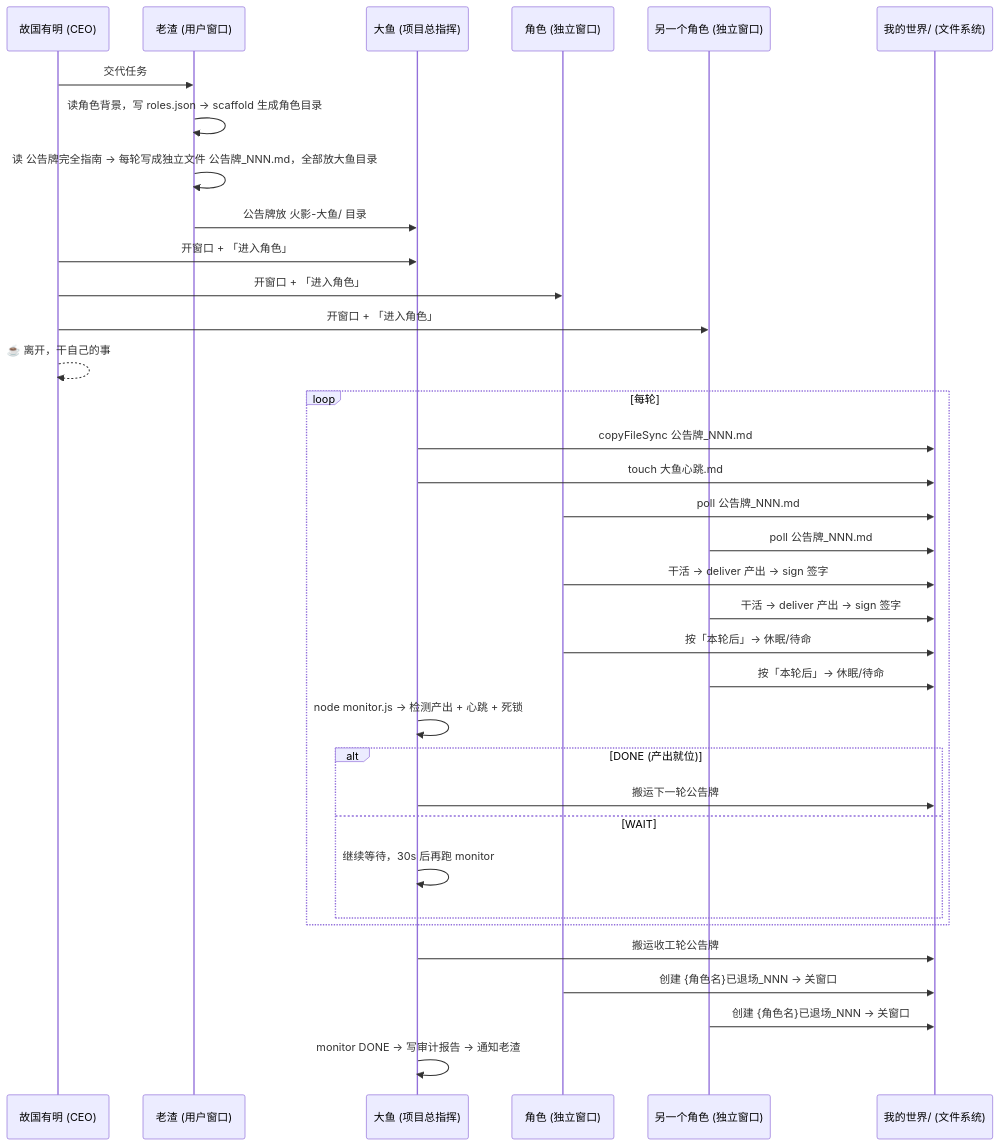
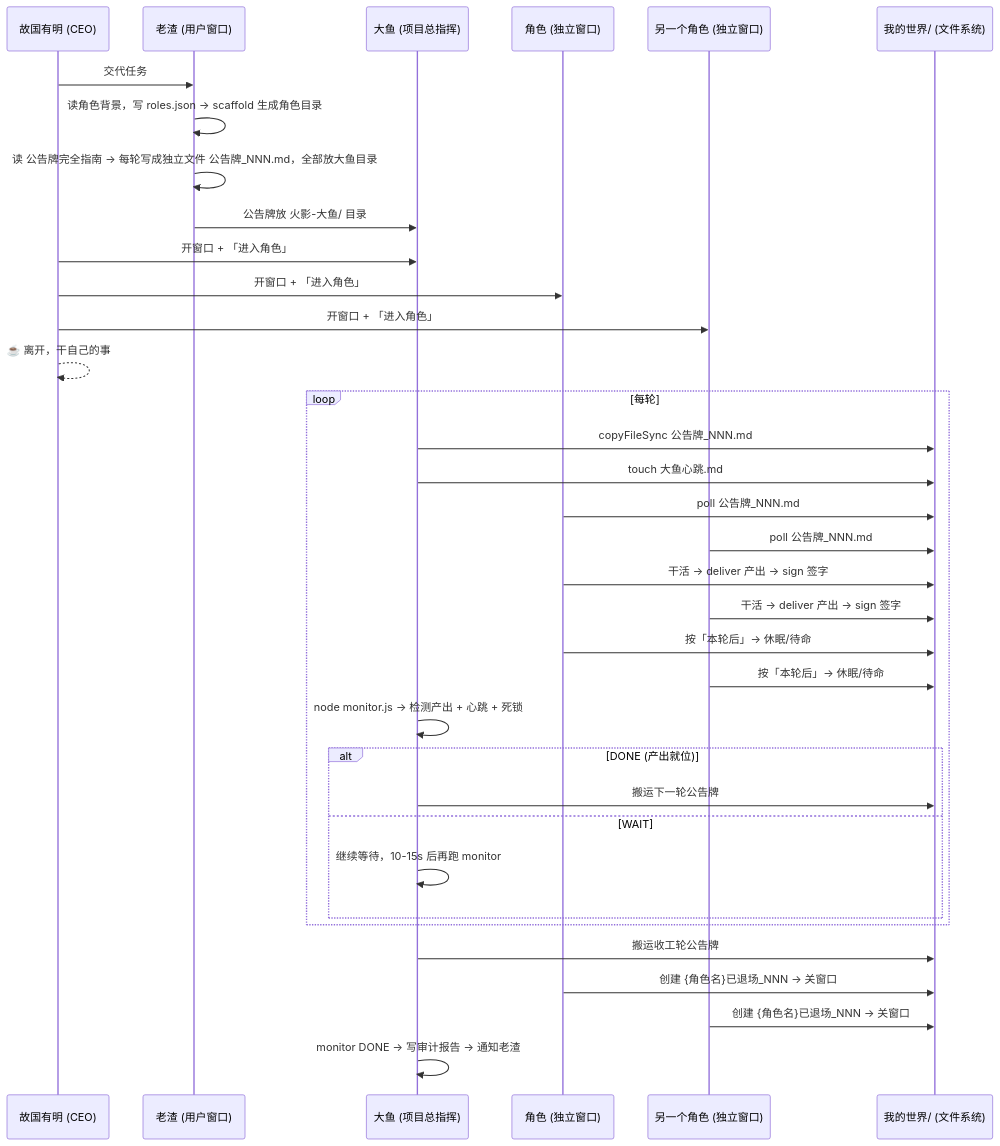
The first of 11 diagrams in 设计文档/初代-codex-ninja.md (whereismymindM/Codex-Ninja), drawn with Mermaid before and after one commit. The commit also changed other lines of this file and 17 other files, not shown here.

````diff
--- a/设计文档/初代-codex-ninja.md
+++ b/设计文档/初代-codex-ninja.md
@@ -25,40 +25,40 @@
 ```mermaid
 sequenceDiagram
     participant 故国有明 as 故国有明 (CEO)
     participant 老渣 as 老渣 (用户窗口)
     participant 大鱼 as 大鱼 (项目总指挥)
     participant 角色A as 角色 (独立窗口)
     participant 角色B as 另一个角色 (独立窗口)
     participant 我的世界 as 我的世界/ (文件系统)
 
     故国有明->>老渣: 交代任务
     老渣->>老渣: 读角色背景，写 roles.json → scaffold 生成角色目录
     老渣->>老渣: 读 公告牌完全指南 → 每轮写成独立文件 公告牌_NNN.md，全部放大鱼目录
     老渣->>大鱼: 公告牌放 火影-大鱼/ 目录
     故国有明->>大鱼: 开窗口 + 「进入角色」
     故国有明->>角色A: 开窗口 + 「进入角色」
     故国有明->>角色B: 开窗口 + 「进入角色」
     故国有明-->>故国有明: ☕ 离开，干自己的事
 
     loop 每轮
         大鱼->>我的世界: copyFileSync 公告牌_NNN.md
         大鱼->>我的世界: touch 大鱼心跳.md
         角色A->>我的世界: poll 公告牌_NNN.md
         角色B->>我的世界: poll 公告牌_NNN.md
         角色A->>我的世界: 干活 → deliver 产出 → sign 签字
         角色B->>我的世界: 干活 → deliver 产出 → sign 签字
         角色A->>我的世界: 按「本轮后」→ 休眠/待命
         角色B->>我的世界: 按「本轮后」→ 休眠/待命
         大鱼->>大鱼: node monitor.js → 检测产出 + 心跳 + 死锁
         alt DONE (产出就位)
             大鱼->>我的世界: 搬运下一轮公告牌
         else WAIT
-            大鱼->>大鱼: 继续等待，30s 后再跑 monitor
+            大鱼->>大鱼: 继续等待，10-15s 后再跑 monitor
         end
     end
 
     大鱼->>我的世界: 搬运收工轮公告牌
     角色A->>我的世界: 创建 {角色名}已退场_NNN → 关窗口
     角色B->>我的世界: 创建 {角色名}已退场_NNN → 关窗口
     大鱼->>大鱼: monitor DONE → 写审计报告 → 通知老渣
 ```
````
